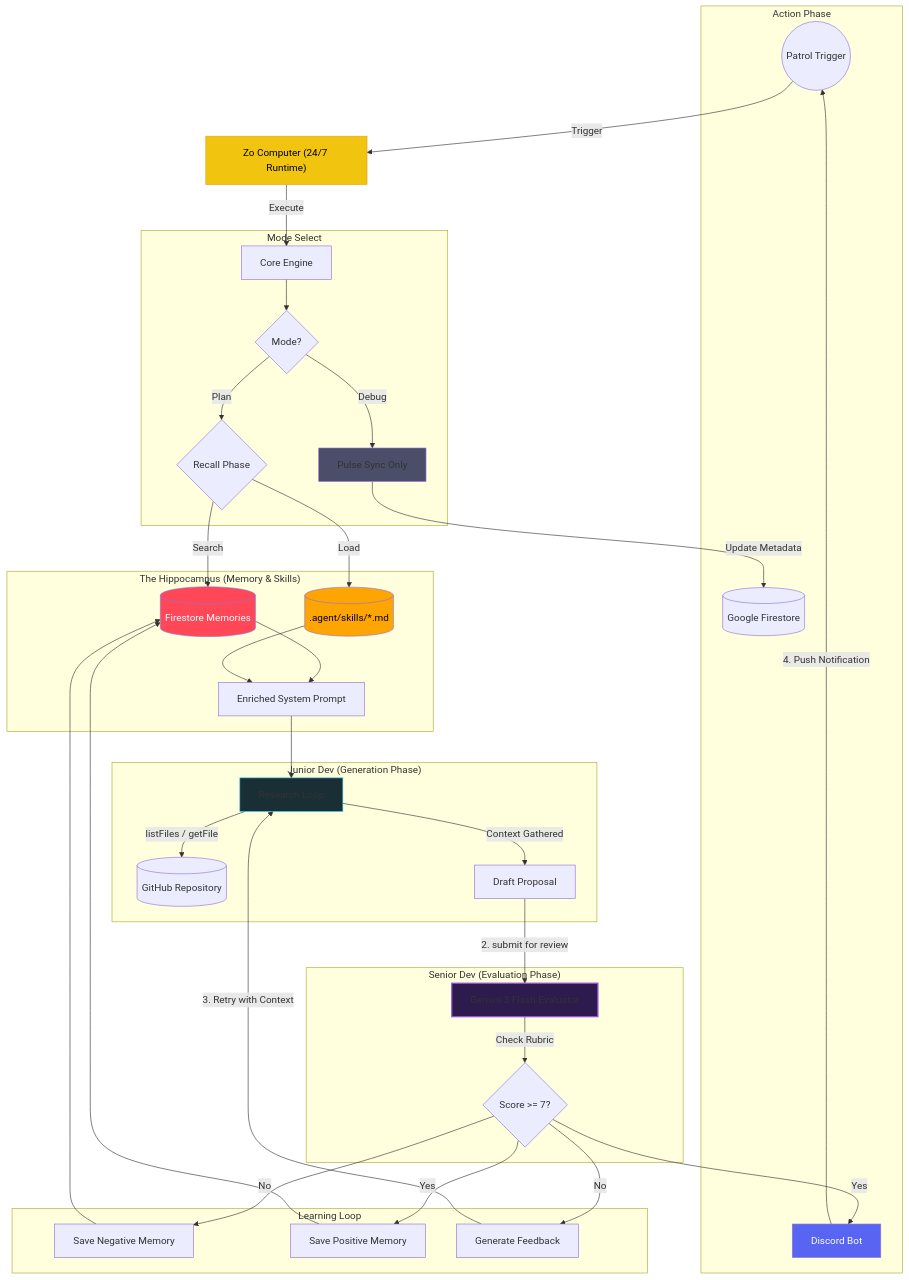
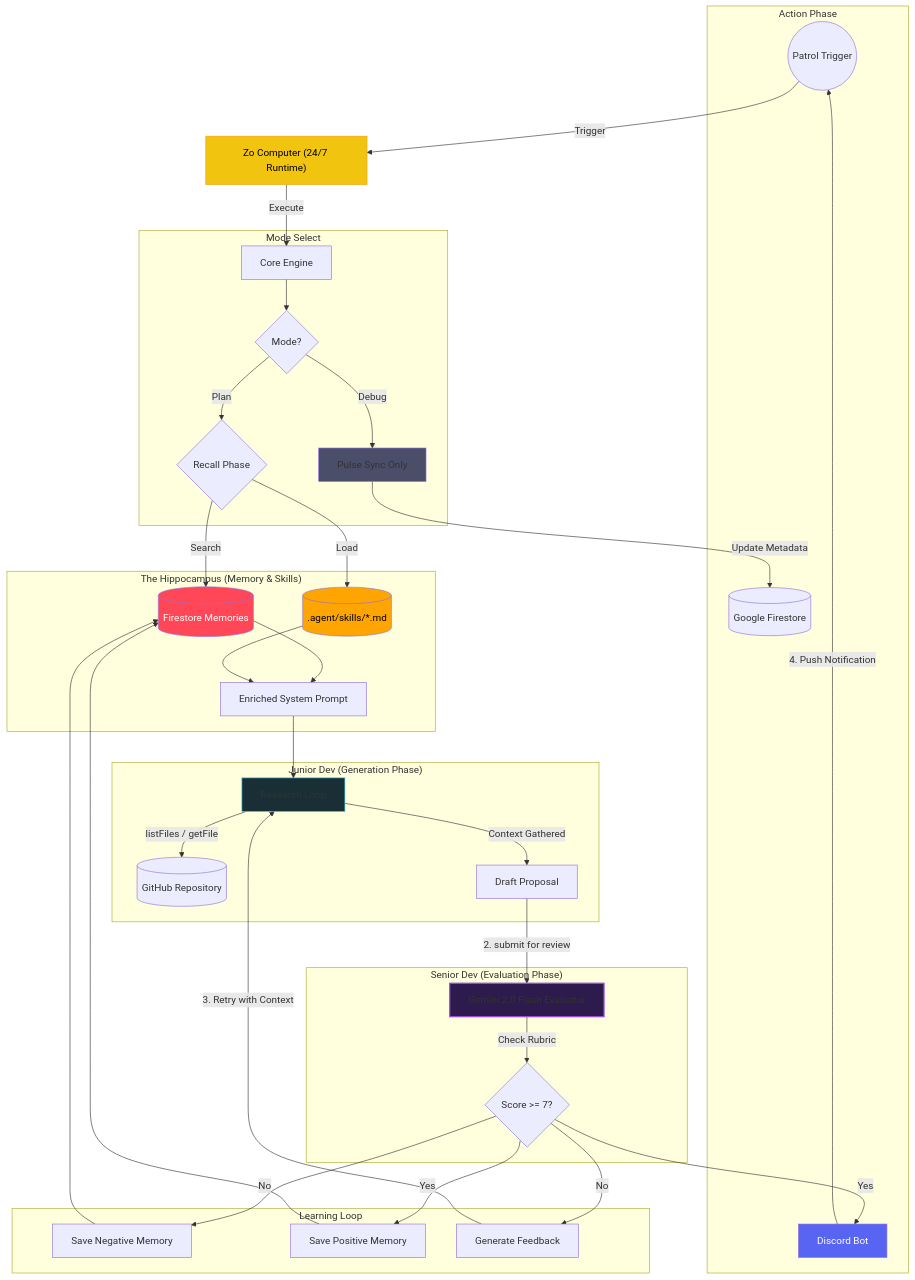
Before and after one commit to nashy3k/momentum-shadow-dev: the first of 2 diagrams in README.md, drawn with Mermaid. The commit also changed other lines of this file and 7 other files, not shown here.

Commit message:
docs: standardize on Gemini 2.0 Flash across README, workflow, and user guide

````diff
--- a/README.md
+++ b/README.md
@@ -27,50 +27,50 @@
 ```mermaid
 graph TD
     UserEnd(("Patrol Trigger")) -->|Trigger| ZoHost["Zo Computer (24/7 Runtime)"]
     ZoHost -->|Execute| Core[Core Engine]
     
     subgraph "Mode Select"
         Core --> Mode{Mode?}
         Mode -->|Debug| Sync[Pulse Sync Only]
         Mode -->|Plan| Recall{Recall Phase}
     end
 
     subgraph "The Hippocampus (Memory & Skills)"
         Recall -->|Search| Memories[("Firestore Memories")]
         Recall -->|Load| Skills[(".agent/skills/*.md")]
         Memories & Skills --> Enriched[Enriched System Prompt]
     end
 
     subgraph "Junior Dev (Generation Phase)"
         Enriched --> Research[Research Loop]
         Research -->|"listFiles / getFile"| Repo[("GitHub Repository")]
         Research -->|"Context Gathered"| Draft[Draft Proposal]
     end
 
     subgraph "Senior Dev (Evaluation Phase)"
-        Draft -->|"2. submit for review"| Evaluator[Gemini 3 Flash Evaluator]
+        Draft -->|"2. submit for review"| Evaluator[Gemini 2.0 Flash Evaluator]
         Evaluator -->|"Check Rubric"| Score{"Score >= 7?"}
     end
 
     subgraph "Learning Loop"
         Score -->|"No"| LearnF[Save Negative Memory]
         Score -->|"Yes"| LearnS[Save Positive Memory]
         LearnF & LearnS --> Memories
         Score -->|"No"| Feedback["Generate Feedback"]
         Feedback -->|"3. Retry with Context"| Research
     end
 
     subgraph "Action Phase"
         Score -->|"Yes"| Discord[Discord Bot]
         Sync -->|Update Metadata| DB[("Google Firestore")]
         Discord -->|"4. Push Notification"| UserEnd
     end
 
     style Evaluator fill:#2d1b4e,stroke:#9d4edd,stroke-width:2px
     style Research fill:#1a2e35,stroke:#26c6da
     style Discord fill:#5865F2,color:white
     style Sync fill:#4a4e69
     style ZoHost fill:#f1c40f,color:black,stroke:#f39c12
     style Memories fill:#ff4757,color:white
     style Skills fill:#ffa502,color:black
 ```
````
